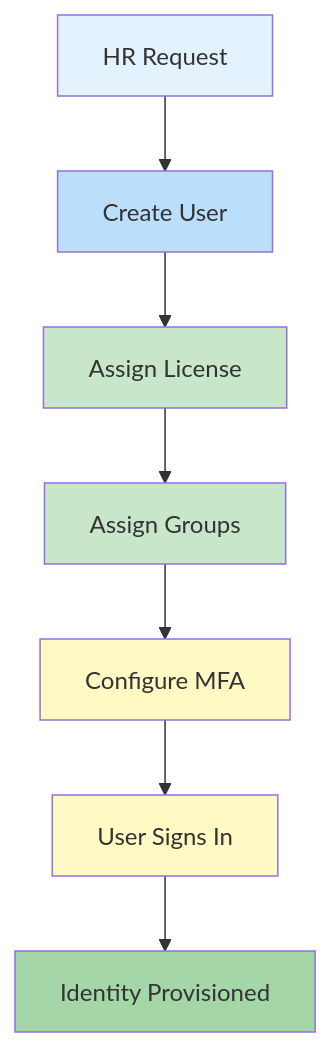
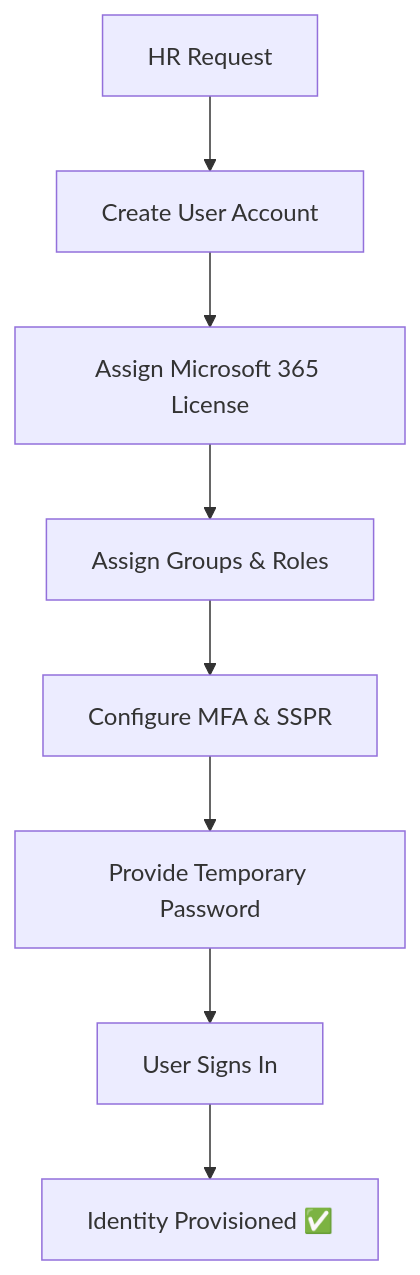
Before and after one commit to AkinnimiManuel/Enterprise-Microsoft-365-Deployment: the first of 3 diagrams in docs/04-identity/Identity-Management.md, drawn with Mermaid. The commit also changed other lines of this file, not shown here.

Commit message:
Enhance user lifecycle documentation with detailed mermaid flowcharts for Joiner, Mover, and Leaver processes

````diff
--- a/docs/04-identity/Identity-Management.md
+++ b/docs/04-identity/Identity-Management.md
@@ -155,17 +155,10 @@
 ```mermaid
 flowchart TD
-    A[HR Request] --> B[Create User]
-    B --> C[Assign License]
-    C --> D[Assign Groups]
-    D --> E[Configure MFA]
-    E --> F[User Signs In]
-    F --> G[Identity Provisioned]
-
-    style A fill:#E3F2FD
-    style B fill:#BBDEFB
-    style C fill:#C8E6C9
-    style D fill:#C8E6C9
-    style E fill:#FFF9C4
-    style F fill:#FFF9C4
-    style G fill:#A5D6A7
+    A[HR Request] --> B[Create User Account]
+    B --> C[Assign Microsoft 365 License]
+    C --> D[Assign Groups & Roles]
+    D --> E[Configure MFA & SSPR]
+    E --> F[Provide Temporary Password]
+    F --> G[User Signs In]
+    G --> H[Identity Provisioned ✅]
 ```
````
